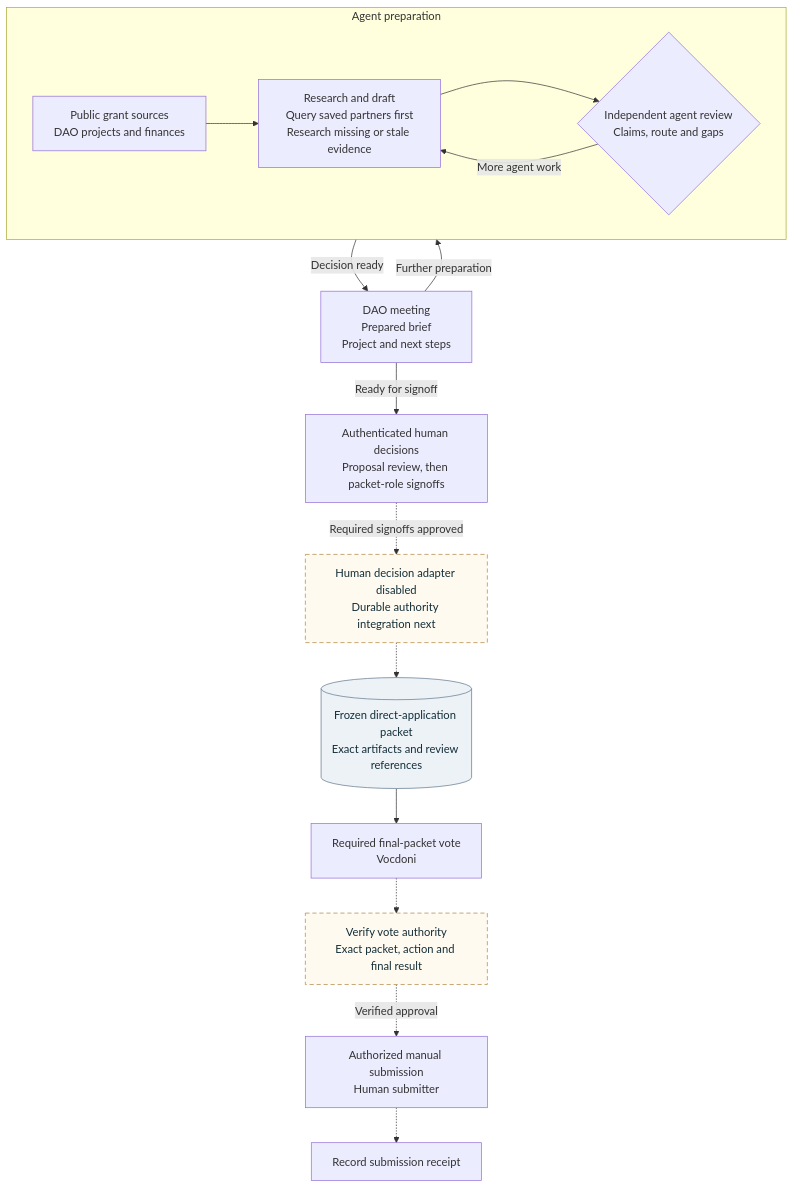
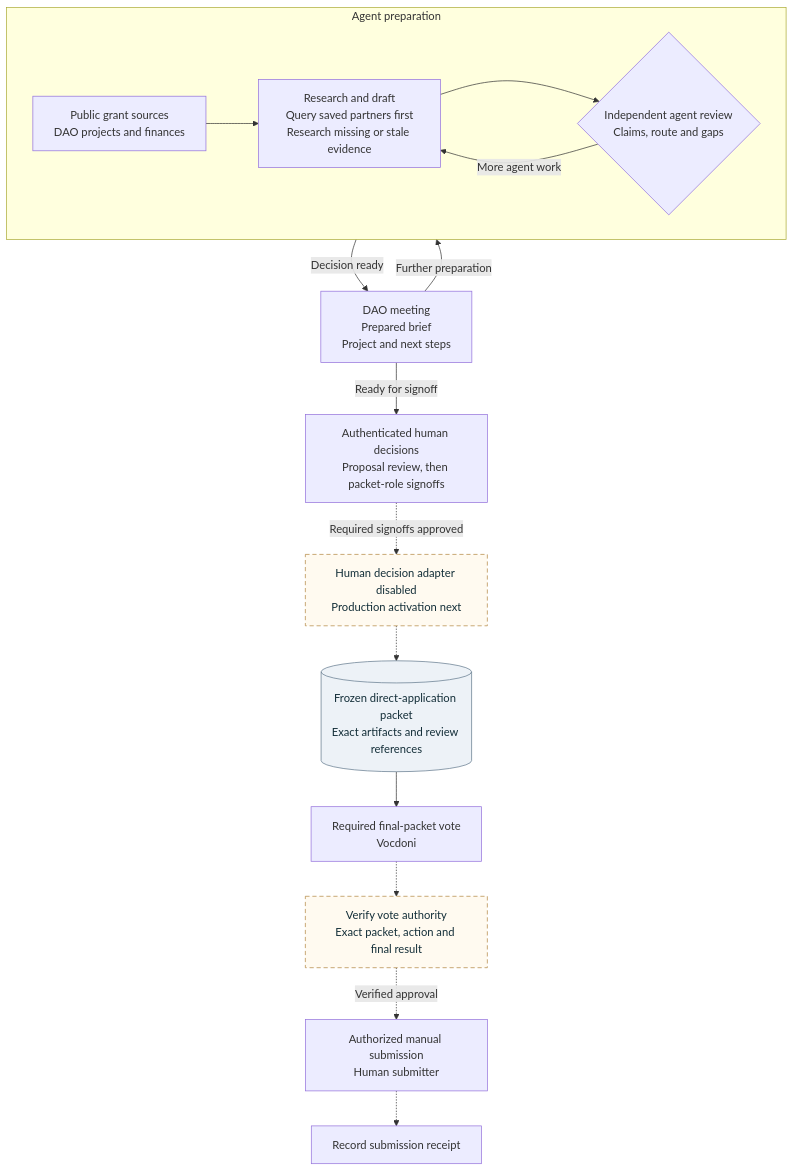
The diagram in docs/architecture/diagrams/grant-review-governance.mmd (NetRxn/Inertia), drawn with Mermaid before and after one commit. The commit also changed 21 other files, not shown here.

Commit message:
docs: synchronize durable review completion and activation requirements

```diff
--- a/docs/architecture/diagrams/grant-review-governance.mmd
+++ b/docs/architecture/diagrams/grant-review-governance.mmd
@@ -1,23 +1,23 @@
 flowchart TB
  subgraph P[Agent preparation]
  direction LR
  I["Public grant sources<br/>DAO projects and finances"] --> D["Research and draft<br/>Query saved partners first<br/>Research missing or stale evidence"]
  D --> R{"Independent agent review<br/>Claims, route and gaps"}
  R -->|More agent work| D
  end
  R -->|Decision ready| M["DAO meeting<br/>Prepared brief<br/>Project and next steps"]
  M -->|Further preparation| D
  M -->|Ready for signoff| H["Authenticated human decisions<br/>Proposal review, then packet-role signoffs"]
- H -.->|Required signoffs approved| A["Human decision adapter disabled<br/>Durable authority integration next"]
+ H -.->|Required signoffs approved| A["Human decision adapter disabled<br/>Production activation next"]
  A -.-> F[("Frozen direct-application packet<br/>Exact artifacts and review references")]
  F --> V["Required final-packet vote<br/>Vocdoni"]
  V -.-> Q["Verify vote authority<br/>Exact packet, action and final result"]
  Q -.->|Verified approval| S["Authorized manual submission<br/>Human submitter"]
  S -.-> C["Record submission receipt"]
  class F store
  class A,Q planned
 
  classDef core fill:#e7f1ee,stroke:#157d80,color:#132e38,stroke-width:2px
  classDef planned fill:#fffaf0,stroke:#b1853e,color:#132e38,stroke-dasharray:6 4
  classDef reviewed fill:#f5f0ff,stroke:#8064a2,color:#132e38
  classDef store fill:#edf2f7,stroke:#61788b,color:#132e38
```
